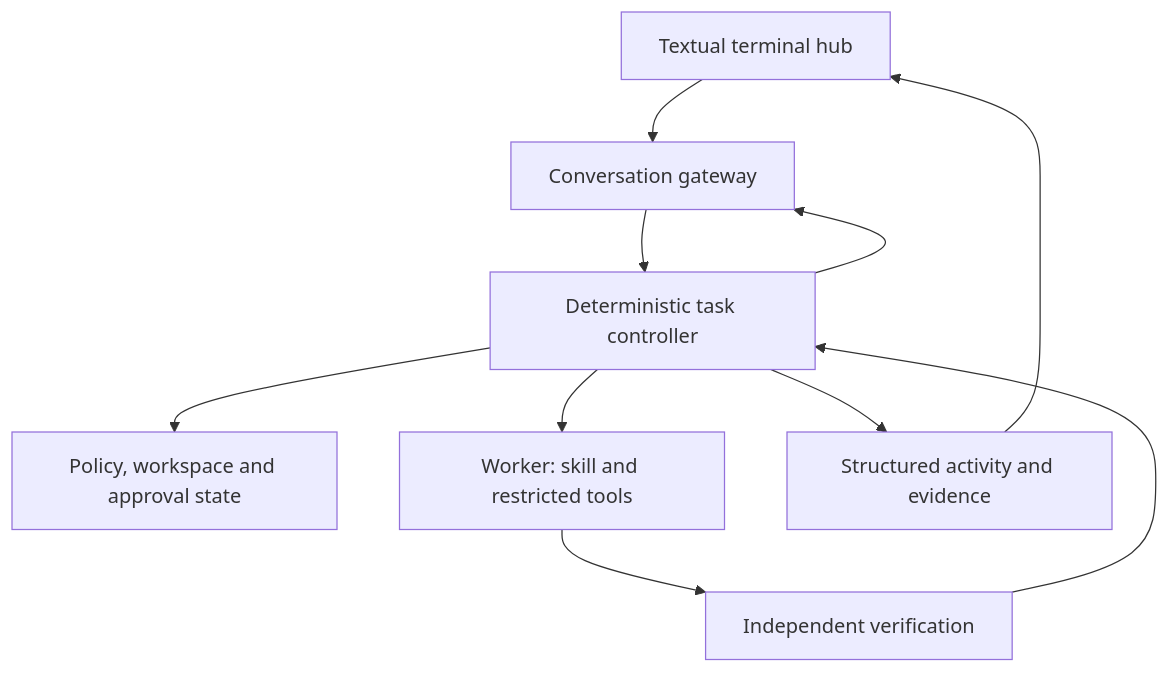
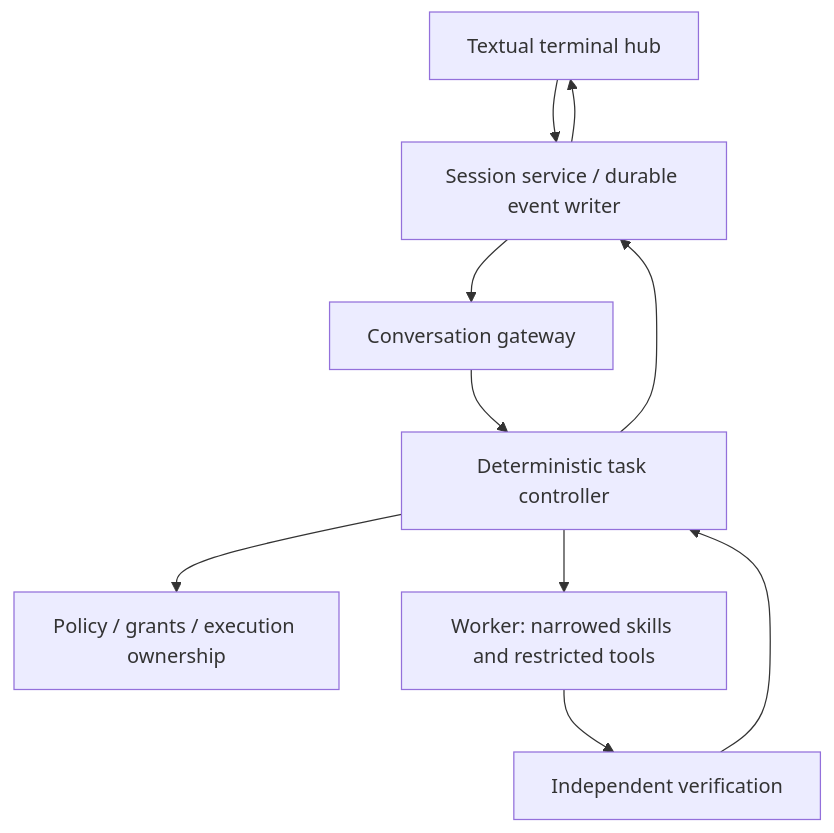
Before and after one commit to aidenbarrett/Local-Code-Agent: the diagram in PROJECT_OVERVIEW.md, drawn with Mermaid. The commit also changed other lines of this file, not shown here.

Commit message:
Bring project overview forward to the Session Hub foundation

````diff
--- a/PROJECT_OVERVIEW.md
+++ b/PROJECT_OVERVIEW.md
@@ -28,12 +45,12 @@
 ```mermaid
 flowchart TD
-    UI["Textual terminal hub"] --> G["Conversation gateway"]
+    UI["Textual terminal hub"] --> S["Session service / durable event writer"]
+    S --> G["Conversation gateway"]
     G --> C["Deterministic task controller"]
-    C --> P["Policy, workspace and approval state"]
-    C --> W["Worker: skill and restricted tools"]
+    C --> P["Policy / grants / execution ownership"]
+    C --> W["Worker: narrowed skills and restricted tools"]
     W --> V["Independent verification"]
     V --> C
-    C --> G
-    C --> E["Structured activity and evidence"]
-    E --> UI
+    C --> S
+    S --> UI
 ```
````
